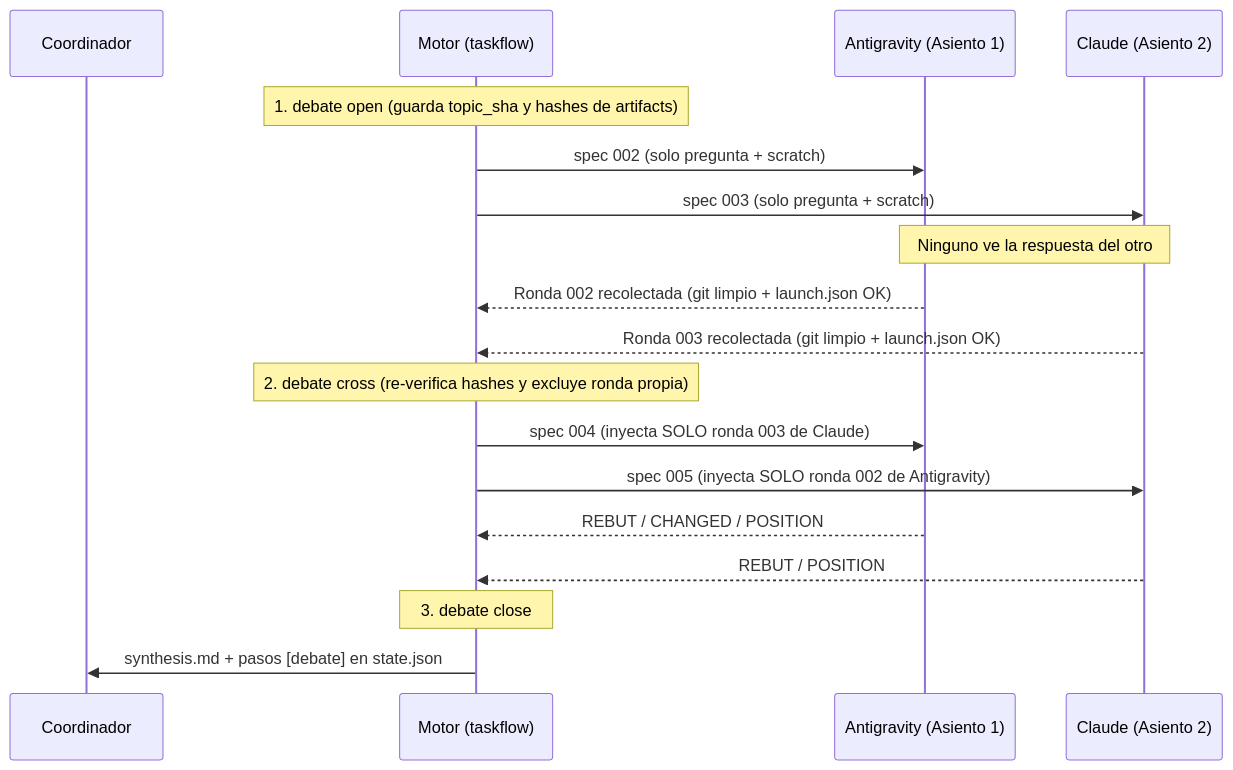
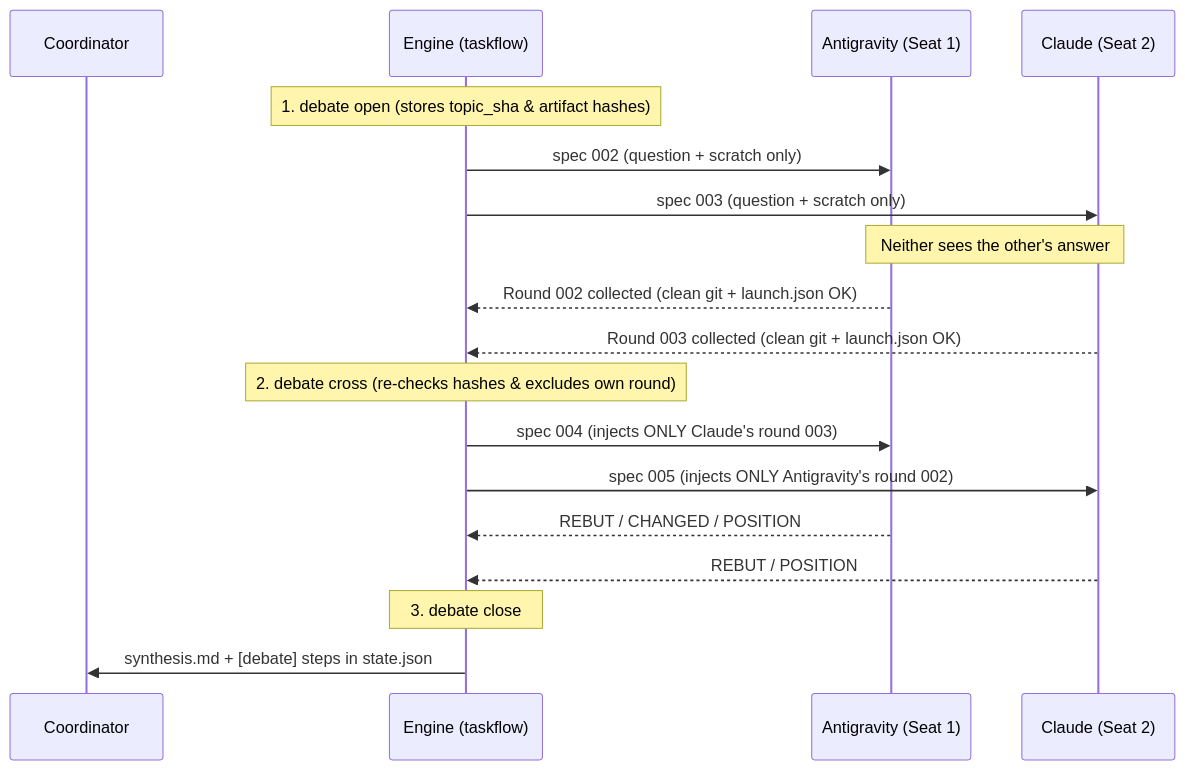
Before and after one commit to EzeCuccorese/ia-spec-ops-engine: the second of 3 diagrams in docs/motor-vs-skills.md, drawn with Mermaid. The commit also changed other lines of this file and 2 other files, not shown here.

````diff
--- a/docs/motor-vs-skills.md
+++ b/docs/motor-vs-skills.md
@@ -55,24 +55,24 @@
 ```mermaid
 sequenceDiagram
-    participant C as Coordinador
-    participant E as Motor (taskflow)
-    participant A as Antigravity (Asiento 1)
-    participant B as Claude (Asiento 2)
+    participant C as Coordinator
+    participant E as Engine (taskflow)
+    participant A as Antigravity (Seat 1)
+    participant B as Claude (Seat 2)
 
-    Note over E: 1. debate open (guarda topic_sha y hashes de artifacts)
-    E->>A: spec 002 (solo pregunta + scratch)
-    E->>B: spec 003 (solo pregunta + scratch)
-    Note over A,B: Ninguno ve la respuesta del otro
+    Note over E: 1. debate open (stores topic_sha & artifact hashes)
+    E->>A: spec 002 (question + scratch only)
+    E->>B: spec 003 (question + scratch only)
+    Note over A,B: Neither sees the other's answer
 
-    A-->>E: Ronda 002 recolectada (git limpio + launch.json OK)
-    B-->>E: Ronda 003 recolectada (git limpio + launch.json OK)
+    A-->>E: Round 002 collected (clean git + launch.json OK)
+    B-->>E: Round 003 collected (clean git + launch.json OK)
 
-    Note over E: 2. debate cross (re-verifica hashes y excluye ronda propia)
-    E->>A: spec 004 (inyecta SOLO ronda 003 de Claude)
-    E->>B: spec 005 (inyecta SOLO ronda 002 de Antigravity)
+    Note over E: 2. debate cross (re-checks hashes & excludes own round)
+    E->>A: spec 004 (injects ONLY Claude's round 003)
+    E->>B: spec 005 (injects ONLY Antigravity's round 002)
     A-->>E: REBUT / CHANGED / POSITION
     B-->>E: REBUT / POSITION
 
     Note over E: 3. debate close
-    E->>C: synthesis.md + pasos [debate] en state.json
+    E->>C: synthesis.md + [debate] steps in state.json
 ```
````
